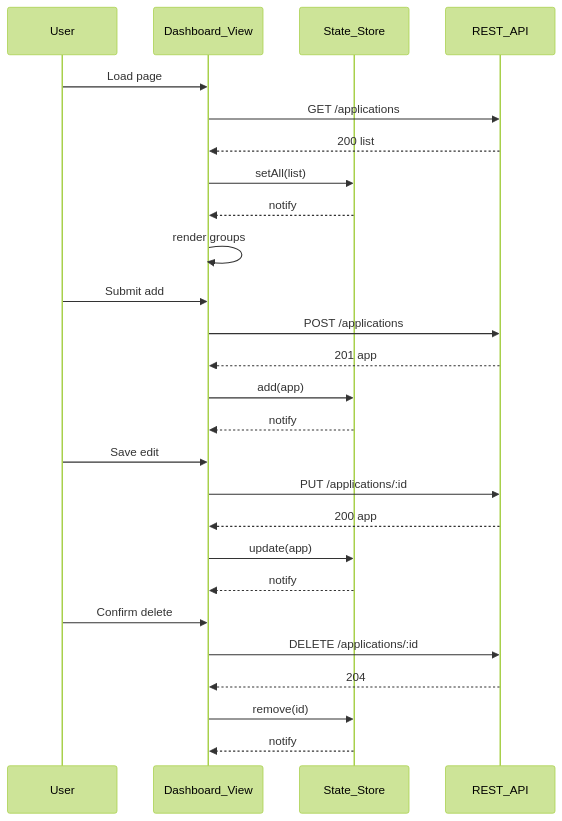
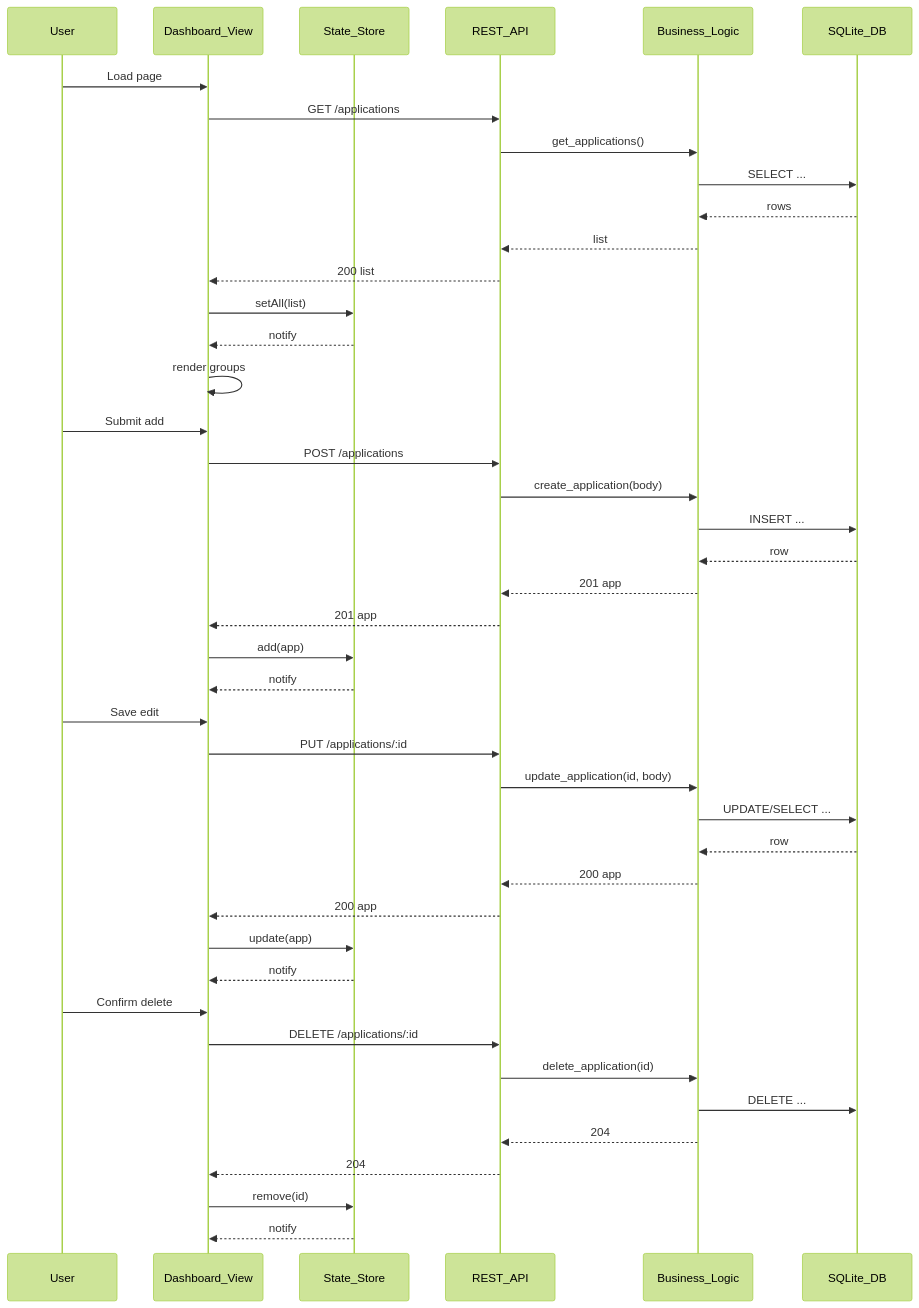
The diagram in SCRUM-109/docs/design_scrum_114.md (akissmann-prog/sdd-agent-demo), drawn with Mermaid (forest theme) before and after one commit. The commit also changed other lines of this file, not shown here.

````diff
--- a/SCRUM-109/docs/design_scrum_114.md
+++ b/SCRUM-109/docs/design_scrum_114.md
@@ -25,28 +68,49 @@
 ```mermaid
 sequenceDiagram
 participant User
 participant Dashboard_View
 participant State_Store
 participant REST_API
+participant Business_Logic
+participant SQLite_DB
+
 User->>Dashboard_View: Load page
 Dashboard_View->>REST_API: GET /applications
+REST_API->>Business_Logic: get_applications()
+Business_Logic->>SQLite_DB: SELECT ...
+SQLite_DB-->>Business_Logic: rows
+Business_Logic-->>REST_API: list
 REST_API-->>Dashboard_View: 200 list
 Dashboard_View->>State_Store: setAll(list)
 State_Store-->>Dashboard_View: notify
 Dashboard_View->>Dashboard_View: render groups
+
 User->>Dashboard_View: Submit add
 Dashboard_View->>REST_API: POST /applications
+REST_API->>Business_Logic: create_application(body)
+Business_Logic->>SQLite_DB: INSERT ...
+SQLite_DB-->>Business_Logic: row
+Business_Logic-->>REST_API: 201 app
 REST_API-->>Dashboard_View: 201 app
 Dashboard_View->>State_Store: add(app)
 State_Store-->>Dashboard_View: notify
+
 User->>Dashboard_View: Save edit
 Dashboard_View->>REST_API: PUT /applications/:id
+REST_API->>Business_Logic: update_application(id, body)
+Business_Logic->>SQLite_DB: UPDATE/SELECT ...
+SQLite_DB-->>Business_Logic: row
+Business_Logic-->>REST_API: 200 app
 REST_API-->>Dashboard_View: 200 app
 Dashboard_View->>State_Store: update(app)
 State_Store-->>Dashboard_View: notify
+
 User->>Dashboard_View: Confirm delete
 Dashboard_View->>REST_API: DELETE /applications/:id
+REST_API->>Business_Logic: delete_application(id)
+Business_Logic->>SQLite_DB: DELETE ...
+Business_Logic-->>REST_API: 204
 REST_API-->>Dashboard_View: 204
 Dashboard_View->>State_Store: remove(id)
 State_Store-->>Dashboard_View: notify
 ```
````
